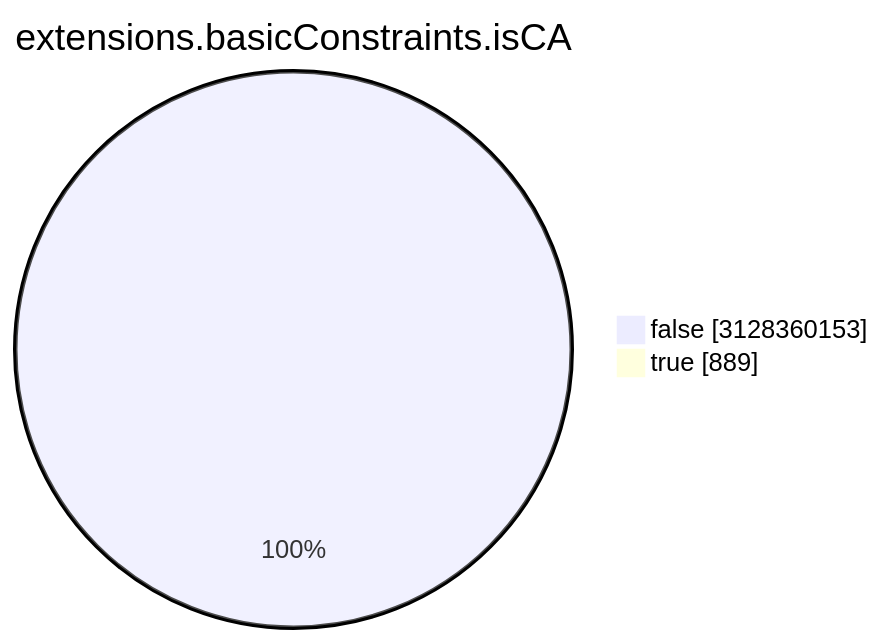
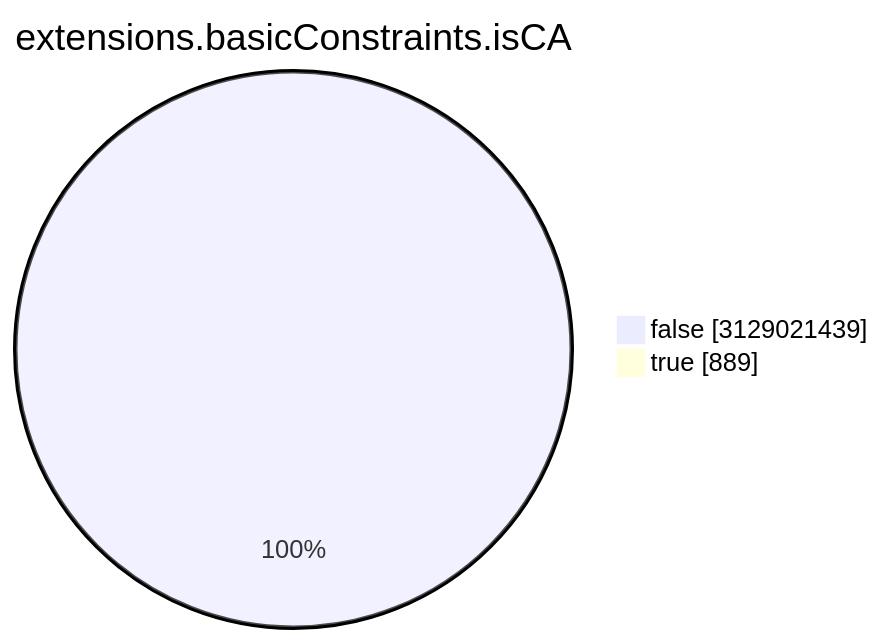
Before and after one commit to christiankrug/ctmonitor_visualization: the seventh of 15 diagrams in TOTAL/README.md, drawn with Mermaid. The commit also changed other lines of this file, not shown here.

````diff
--- a/TOTAL/README.md
+++ b/TOTAL/README.md
@@ -3088,6 +3088,6 @@
 ```mermaid
 pie showData
 title extensions.basicConstraints.isCA
-"false" :3128360153
+"false" :3129021439
 "true" :889
 ```
````
